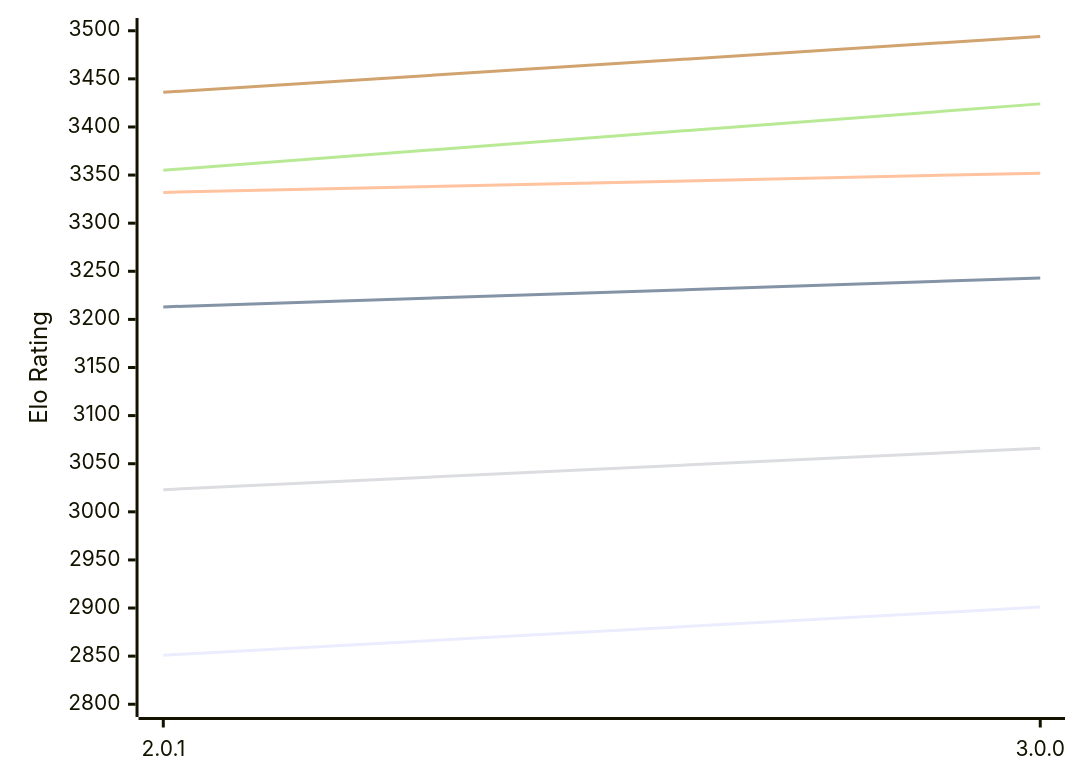
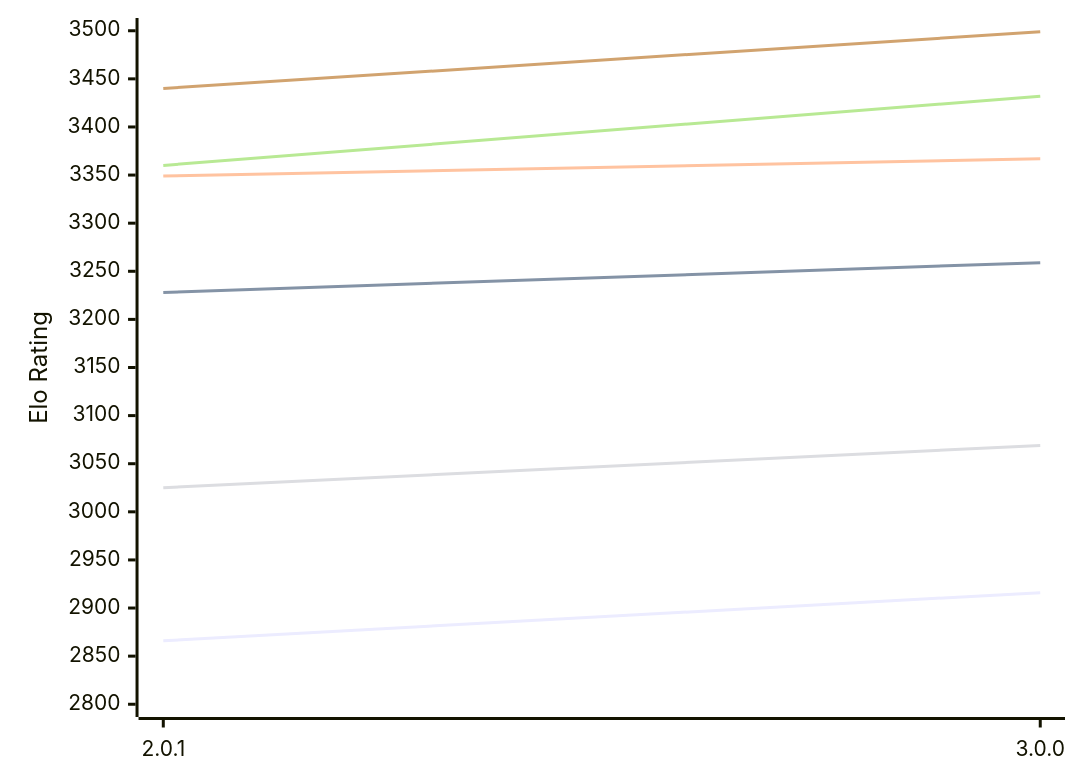
One commit to computer-chess-index/cci changed the first of 2 diagrams in engines/Grail.md. Above: the diagram before and after it, drawn with Mermaid. The commit also changed other lines of this file, not shown here.

Commit message:
Update CCI Ratings (ELO VLTC) - 2026-10-22

````diff
--- a/engines/Grail.md
+++ b/engines/Grail.md
@@ -56,12 +56,12 @@
 ```mermaid
 %%{init: {"theme":"base","themeVariables":{"seriesColors:['#a3a3a3','#222221','#faa371']}}}%%
 xychart-beta
   x-axis ["2.0.1", "3.0.0"]
   y-axis "Elo Rating" 2800 --> 3500
-  line "E1: STC (8.0+0.08s)" [2851, 2901]
-  line "E1: LTC (60.0+0.60s)" [3213, 3243]
-  line "E1: VLTC (2m24s+1.12s)" [3332, 3352]
-  line "P1: STC (8.0+0.08s)" [3023, 3066]
-  line "P1: LTC (60.0+0.60s)" [3355, 3424]
-  line "P1: VLTC (2m24s+1.12s)" [3436, 3494]
+  line "E1: STC (8.0+0.08s)" [2866, 2916]
+  line "E1: LTC (60.0+0.60s)" [3228, 3259]
+  line "E1: VLTC (2m24s+1.12s)" [3349, 3367]
+  line "P1: STC (8.0+0.08s)" [3025, 3069]
+  line "P1: LTC (60.0+0.60s)" [3360, 3432]
+  line "P1: VLTC (2m24s+1.12s)" [3440, 3499]
 ```
````
